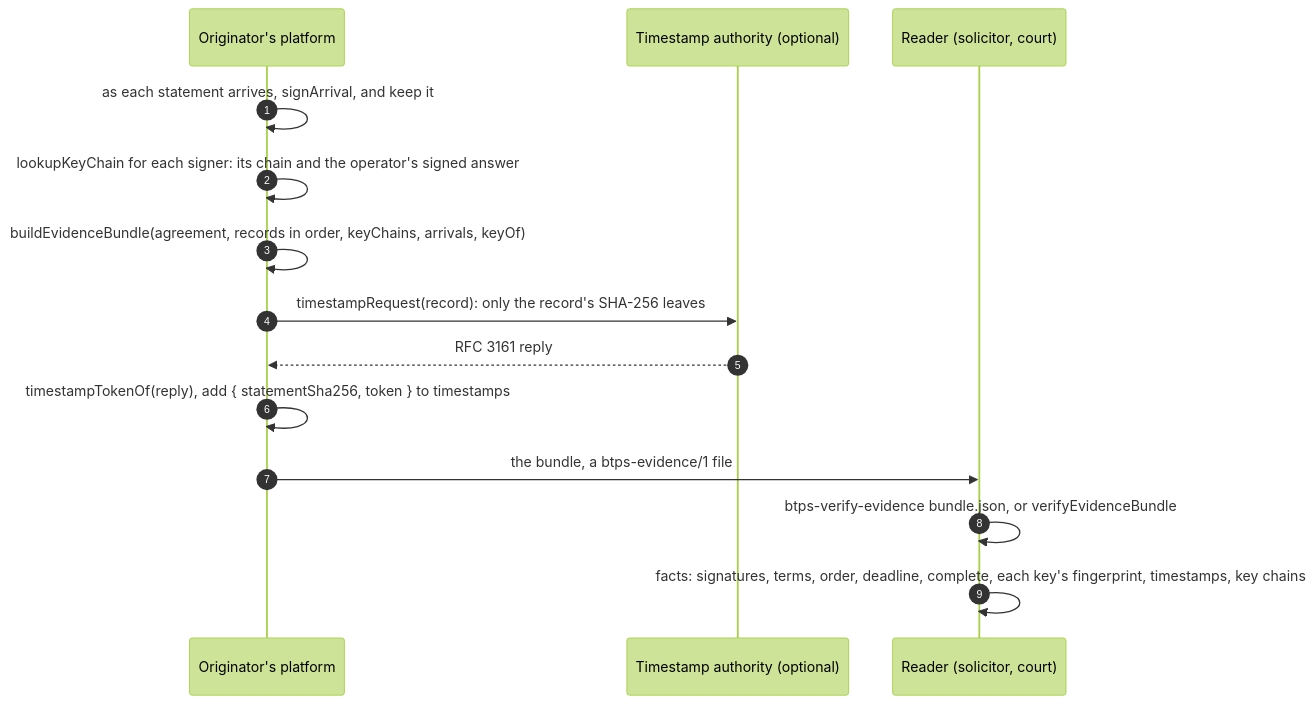
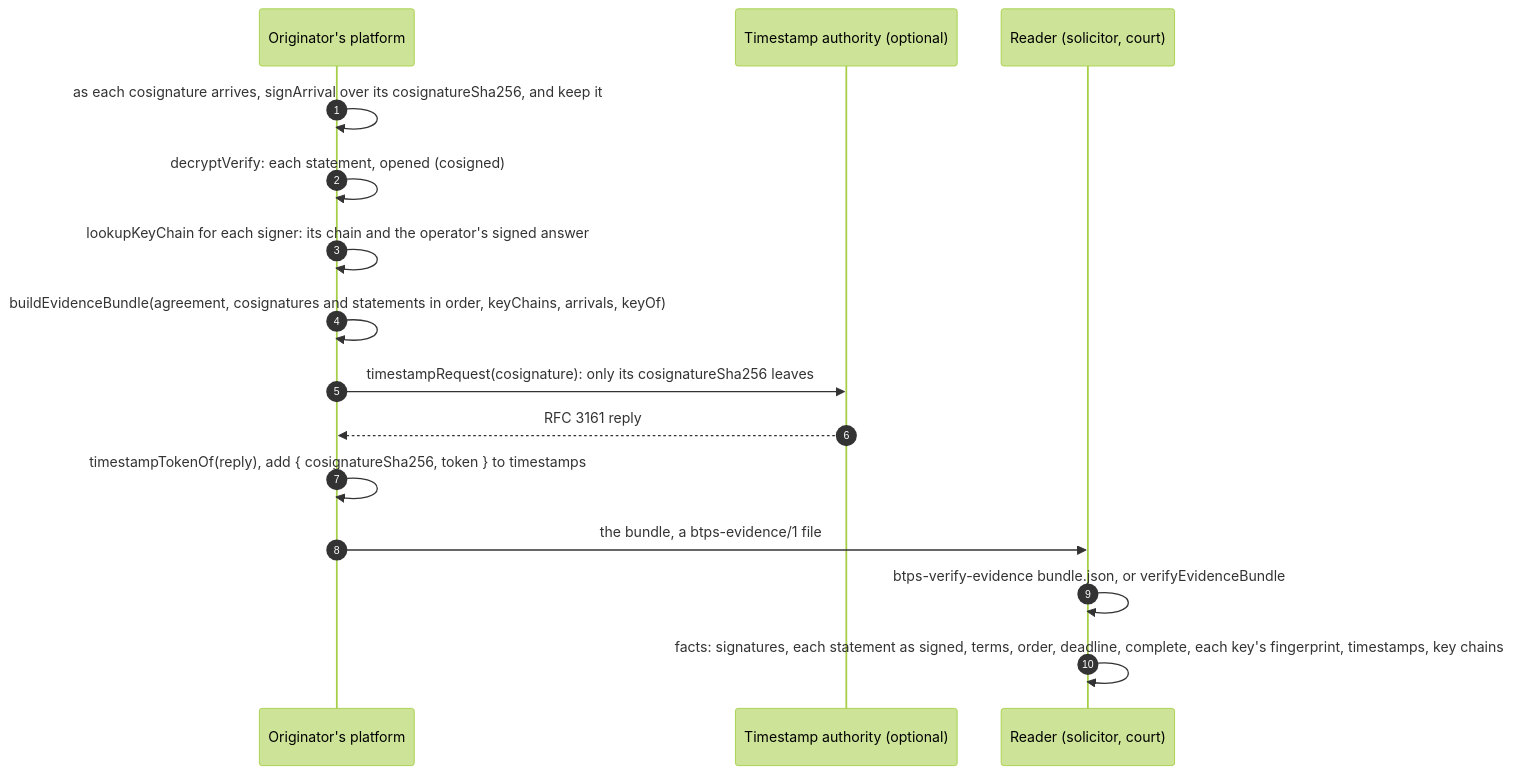
Before and after one commit to openbtps/btps-node: the diagram in docs/docusaurus/docs/features/evidenceBundles.md, drawn with Mermaid (forest theme). The commit also changed other lines of this file and 16 other files, not shown here.

Commit message:
Document rc.4 cosignatures: specification, agreements, evidence bundles, SDK reference, what's new and migration

````diff
--- a/docs/docusaurus/docs/features/evidenceBundles.md
+++ b/docs/docusaurus/docs/features/evidenceBundles.md
@@ -19,16 +19,17 @@
 ```mermaid
 sequenceDiagram
     autonumber
     participant O as Originator's platform
     participant T as Timestamp authority (optional)
     participant R as Reader (solicitor, court)
-    O->>O: as each statement arrives, signArrival, and keep it
+    O->>O: as each cosignature arrives, signArrival over its cosignatureSha256, and keep it
+    O->>O: decryptVerify: each statement, opened (cosigned)
     O->>O: lookupKeyChain for each signer: its chain and the operator's signed answer
-    O->>O: buildEvidenceBundle(agreement, records in order, keyChains, arrivals, keyOf)
-    O->>T: timestampRequest(record): only the record's SHA-256 leaves
+    O->>O: buildEvidenceBundle(agreement, cosignatures and statements in order, keyChains, arrivals, keyOf)
+    O->>T: timestampRequest(cosignature): only its cosignatureSha256 leaves
     T-->>O: RFC 3161 reply
-    O->>O: timestampTokenOf(reply), add { statementSha256, token } to timestamps
+    O->>O: timestampTokenOf(reply), add { cosignatureSha256, token } to timestamps
     O->>R: the bundle, a btps-evidence/1 file
     R->>R: btps-verify-evidence bundle.json, or verifyEvidenceBundle
-    R->>R: facts: signatures, terms, order, deadline, complete, each key's fingerprint, timestamps, key chains
+    R->>R: facts: signatures, each statement as signed, terms, order, deadline, complete, each key's fingerprint, timestamps, key chains
 ```
````
